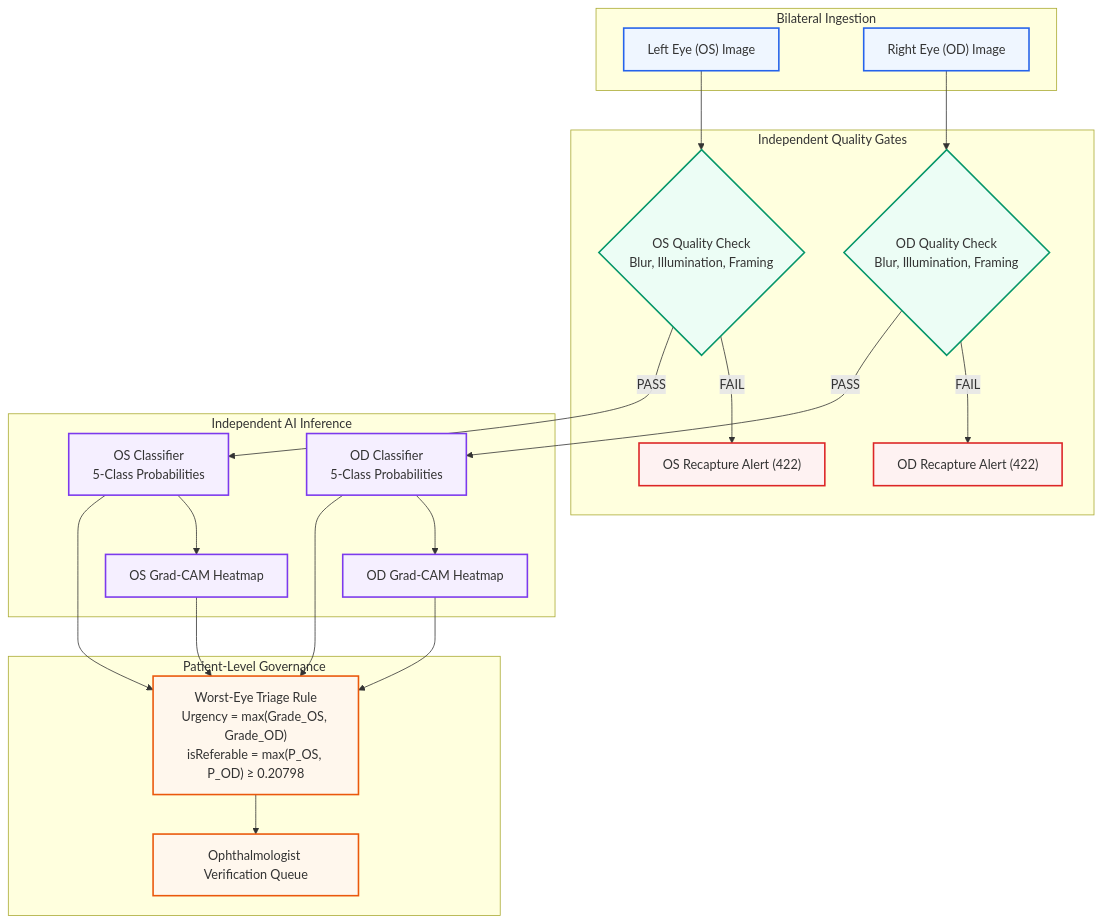
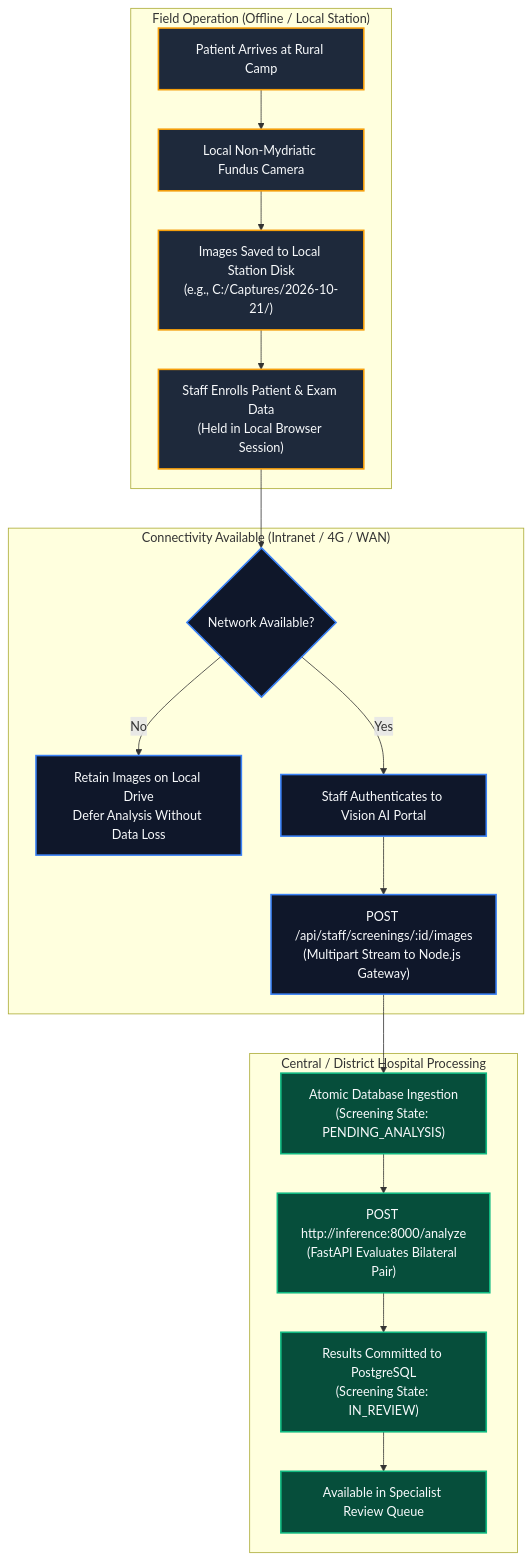
One commit to SudarshanSingh1/DR-Screening-System changed the fourth of 4 diagrams in README.md. Above: the diagram before and after it, drawn with Mermaid. The commit also changed other lines of this file, not shown here.

Commit message:
Refactor data processing module for improved maintainability

````diff
--- a/README.md
+++ b/README.md
@@ -391,57 +354,26 @@
 ```mermaid
 flowchart TD
-    subgraph INGEST ["Bilateral Ingestion"]
-        OS["Left Eye (OS) Image"]
-        OD["Right Eye (OD) Image"]
+    classDef field fill:#1e293b,stroke:#f59e0b,stroke-width:2px,color:#f8fafc;
+    classDef sync fill:#0f172a,stroke:#3b82f6,stroke-width:2px,color:#f8fafc;
+    classDef cloud fill:#064e3b,stroke:#10b981,stroke-width:2px,color:#f8fafc;
+
+    subgraph OfflineField["Field Operation (Offline / Local Station)"]
+        F1["Patient Arrives at Rural Camp"]:::field --> F2["Local Non-Mydriatic Fundus Camera"]:::field
+        F2 --> F3["Images Saved to Local Station Disk<br/>(e.g., C:/Captures/2026-10-21/)"]:::field
+        F3 --> F4["Staff Enrolls Patient & Exam Data<br/>(Held in Local Browser Session)"]:::field
     end
 
-    subgraph QG ["Independent Quality Gates"]
-        QG_OS{"OS Quality Check<br/>Blur, Illumination, Framing"}
-        QG_OD{"OD Quality Check<br/>Blur, Illumination, Framing"}
-        RECAP_OS["OS Recapture Alert (422)"]
-        RECAP_OD["OD Recapture Alert (422)"]
+    subgraph SyncEvent["Connectivity Available (Intranet / 4G / WAN)"]
+        F4 --> S1{"Network Available?"}:::sync
+        S1 -- "No" --> S2["Retain Images on Local Drive<br/>Defer Analysis Without Data Loss"]:::sync
+        S1 -- "Yes" --> S3["Staff Authenticates to Vision AI Portal"]:::sync
+        S3 --> S4["POST /api/staff/screenings/:id/images<br/>(Multipart Stream to Node.js Gateway)"]:::sync
     end
 
-    subgraph INFER ["Independent AI Inference"]
-        MODEL_OS["OS Classifier<br/>5-Class Probabilities"]
-        MODEL_OD["OD Classifier<br/>5-Class Probabilities"]
-        CAM_OS["OS Grad-CAM Heatmap"]
-        CAM_OD["OD Grad-CAM Heatmap"]
+    subgraph OnlineCloud["Central / District Hospital Processing"]
+        S4 --> C1["Atomic Database Ingestion<br/>(Screening State: PENDING_ANALYSIS)"]:::cloud
+        C1 --> C2["POST http://inference:8000/analyze<br/>(FastAPI Evaluates Bilateral Pair)"]:::cloud
+        C2 --> C3["Results Committed to PostgreSQL<br/>(Screening State: IN_REVIEW)"]:::cloud
+        C3 --> C4["Available in Specialist Review Queue"]:::cloud
     end
-
-    subgraph GOVERN ["Patient-Level Governance"]
-        TRIAGE["Worst-Eye Triage Rule<br/>Urgency = max(Grade_OS, Grade_OD)<br/>isReferable = max(P_OS, P_OD) ≥ 0.20798"]
-        DOC["Ophthalmologist Verification Queue"]
-    end
-
-    OS --> QG_OS
-    OD --> QG_OD
-
-    QG_OS -->|FAIL| RECAP_OS
-    QG_OD -->|FAIL| RECAP_OD
-
-    QG_OS -->|PASS| MODEL_OS
-    QG_OD -->|PASS| MODEL_OD
-
-    MODEL_OS --> CAM_OS
-    MODEL_OD --> CAM_OD
-
-    MODEL_OS --> TRIAGE
-    MODEL_OD --> TRIAGE
-    CAM_OS --> TRIAGE
-    CAM_OD --> TRIAGE
-
-    TRIAGE --> DOC
-
-    classDef input fill:#eff6ff,stroke:#2563eb,stroke-width:2px;
-    classDef gate fill:#ecfdf5,stroke:#059669,stroke-width:2px;
-    classDef fail fill:#fef2f2,stroke:#dc2626,stroke-width:2px;
-    classDef infer fill:#f5efff,stroke:#7c3aed,stroke-width:2px;
-    classDef gov fill:#fff7ed,stroke:#ea580c,stroke-width:2px;
-
-    class OS,OD input;
-    class QG_OS,QG_OD gate;
-    class RECAP_OS,RECAP_OD fail;
-    class MODEL_OS,MODEL_OD,CAM_OS,CAM_OD infer;
-    class TRIAGE,DOC gov;
 ```
````
